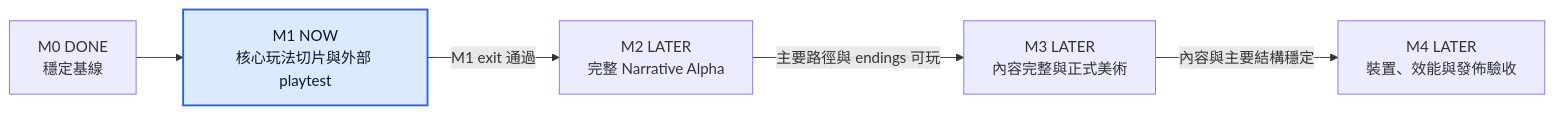
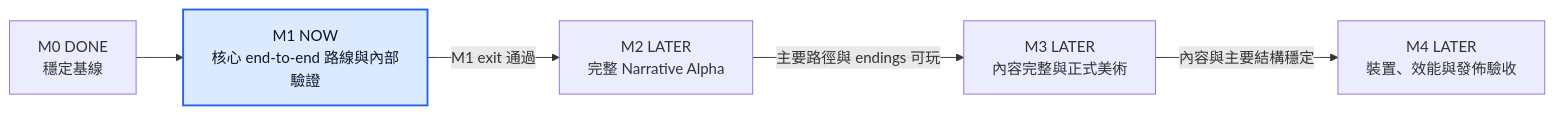
The first of 4 diagrams in ROADMAP.md (TsungmingLiu/seventeen-floor-neighbor), drawn with Mermaid before and after one commit. The commit also changed other lines of this file, not shown here.

````diff
--- a/ROADMAP.md
+++ b/ROADMAP.md
@@ -64,9 +64,9 @@
 ```mermaid
 flowchart LR
-    M0["M0 DONE<br/>穩定基線"] --> M1["M1 NOW<br/>核心玩法切片與外部 playtest"]
+    M0["M0 DONE<br/>穩定基線"] --> M1["M1 NOW<br/>核心 end-to-end 路線與內部驗證"]
     M1 -->|"M1 exit 通過"| M2["M2 LATER<br/>完整 Narrative Alpha"]
     M2 -->|"主要路徑與 endings 可玩"| M3["M3 LATER<br/>內容完整與正式美術"]
     M3 -->|"內容與主要結構穩定"| M4["M4 LATER<br/>裝置、效能與發佈驗收"]
     classDef current fill:#dbeafe,stroke:#2563eb,stroke-width:2px,color:#0f172a;
     class M1 current;
 ```
````
